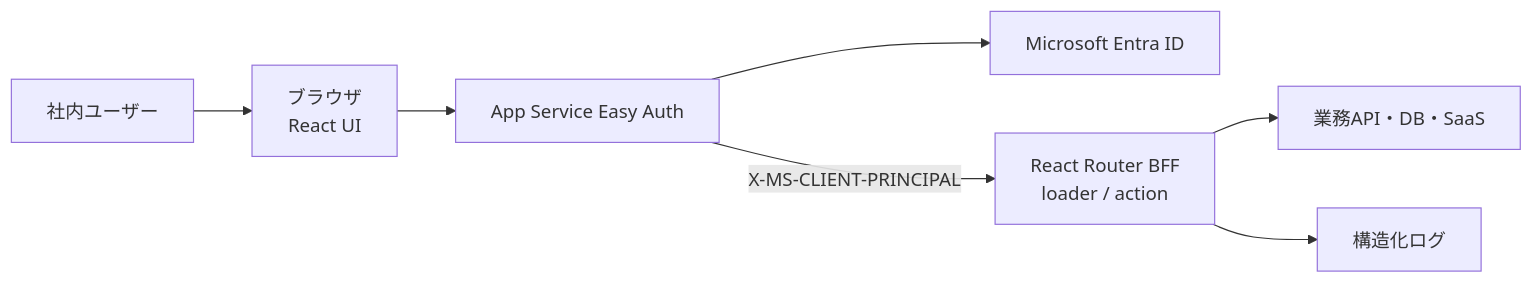
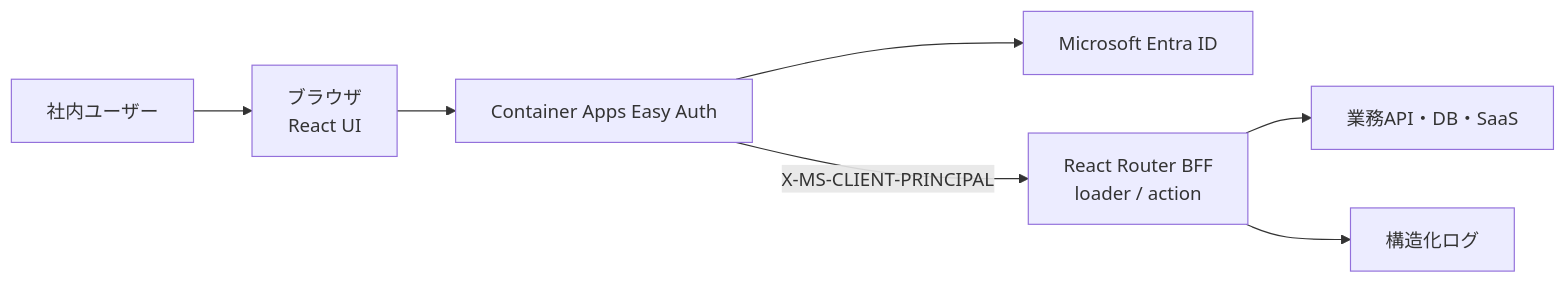
The diagram in docs/ARCHITECTURE.md (yamatairiku-dev/siryou-mite), drawn with Mermaid before and after one commit. The commit also changed other lines of this file and 3 other files, not shown here.

Commit message:
docs: ARCHITECTURE・SECURITY・README・Entra確認資料をWebのContainer Apps移行に合わせる

````diff
--- a/docs/ARCHITECTURE.md
+++ b/docs/ARCHITECTURE.md
@@ -8,9 +8,9 @@
 ```mermaid
 flowchart LR
   U["社内ユーザー"] --> B["ブラウザ<br>React UI"]
-  B --> EA["App Service Easy Auth"]
+  B --> EA["Container Apps Easy Auth"]
   EA --> E["Microsoft Entra ID"]
   EA -->|X-MS-CLIENT-PRINCIPAL| RR["React Router BFF<br>loader / action"]
   RR --> API["業務API・DB・SaaS"]
   RR --> L["構造化ログ"]
 ```
````
